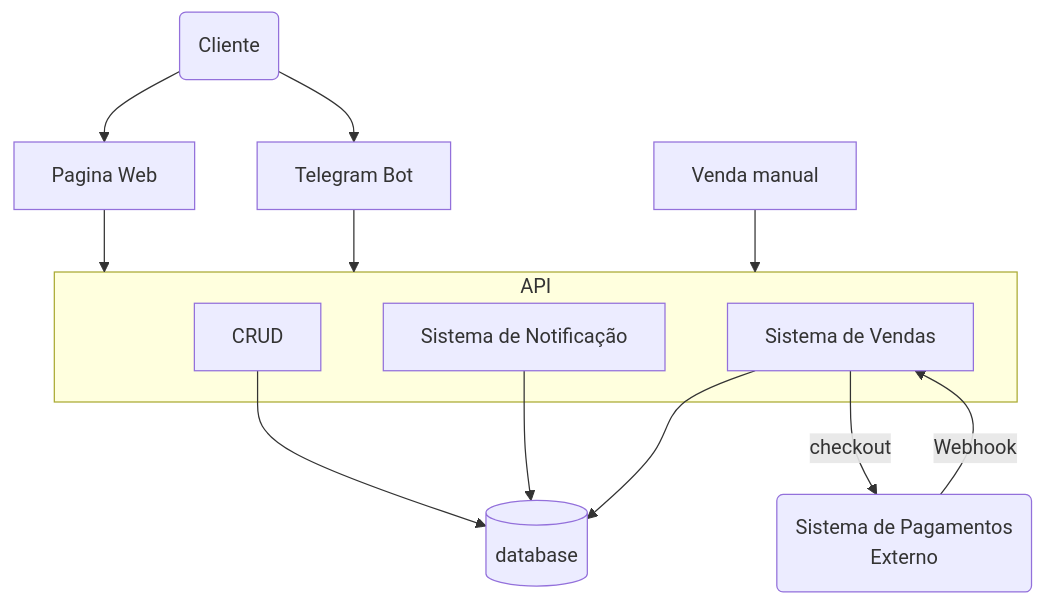
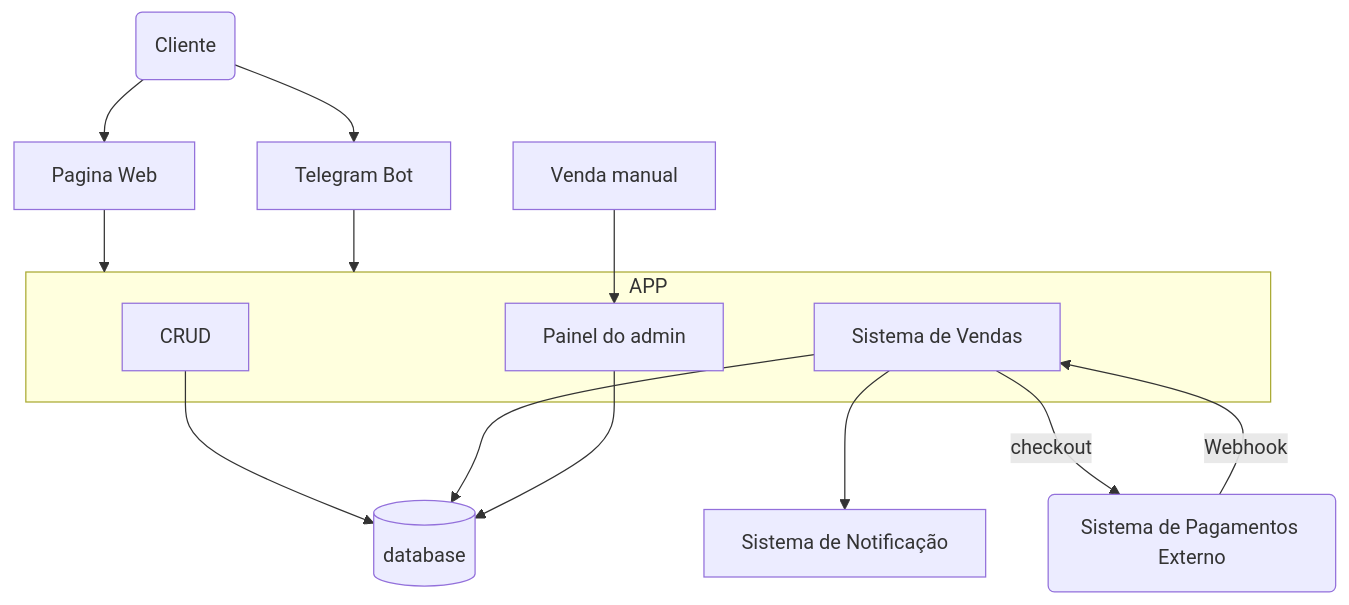
The diagram in docs/fluxo.md (guilopes15/sabores-da-terra), drawn with Mermaid before and after one commit. The commit also changed other lines of this file and 26 other files, not shown here.

````diff
--- a/docs/fluxo.md
+++ b/docs/fluxo.md
@@ -3,25 +17,28 @@
 ```mermaid
 graph TD
-    A(Cliente) --> B[Pagina Web]
+    A(Cliente)
+    A --> B[Pagina Web]
     A --> C[Telegram Bot]
-    
-    subgraph app[API]
+
+    subgraph app[APP]
+
         app1[CRUD]
-        app3[Sistema de Notificação]
         app2[Sistema de Vendas]
-        
+        app3[Painel do admin]
+
     end
-    D[Venda manual] --> app
+    app4[Sistema de Notificação]
+
     B --> app
     C --> app
+    D[Venda manual] --> app3
+
+    app2 --> app4
+
+    app2 --> |checkout| F(Sistema de Pagamentos Externo)
+    F --> |Webhook|app2
+
     app1 --> E[(database)]
-    app2 --> E[(database)]
-    app3 --> E[(database)]
-    app2 --> |checkout| F(Sistema de Pagamentos 
-    Externo)
-    F --> |Webhook|app2
-    
-    
-
-
+    app2 --> E
+    app3 --> E
 ```
````
